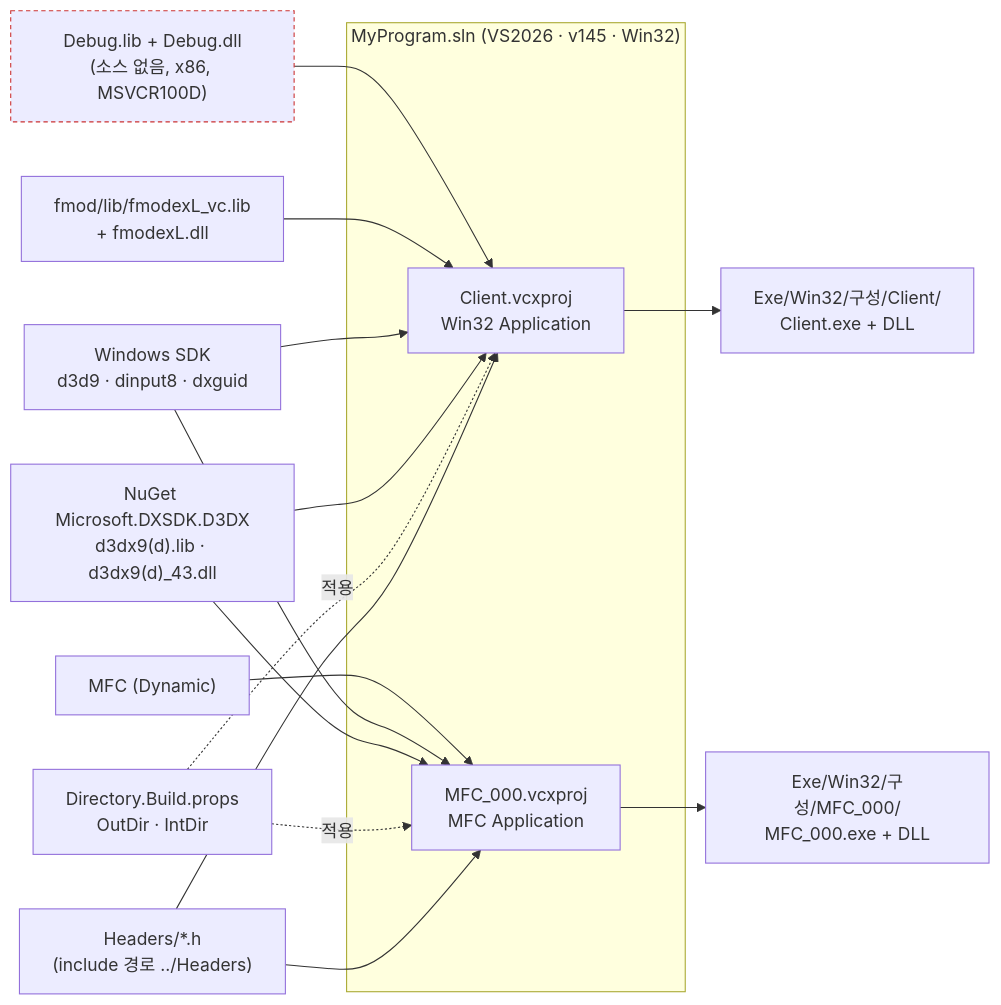
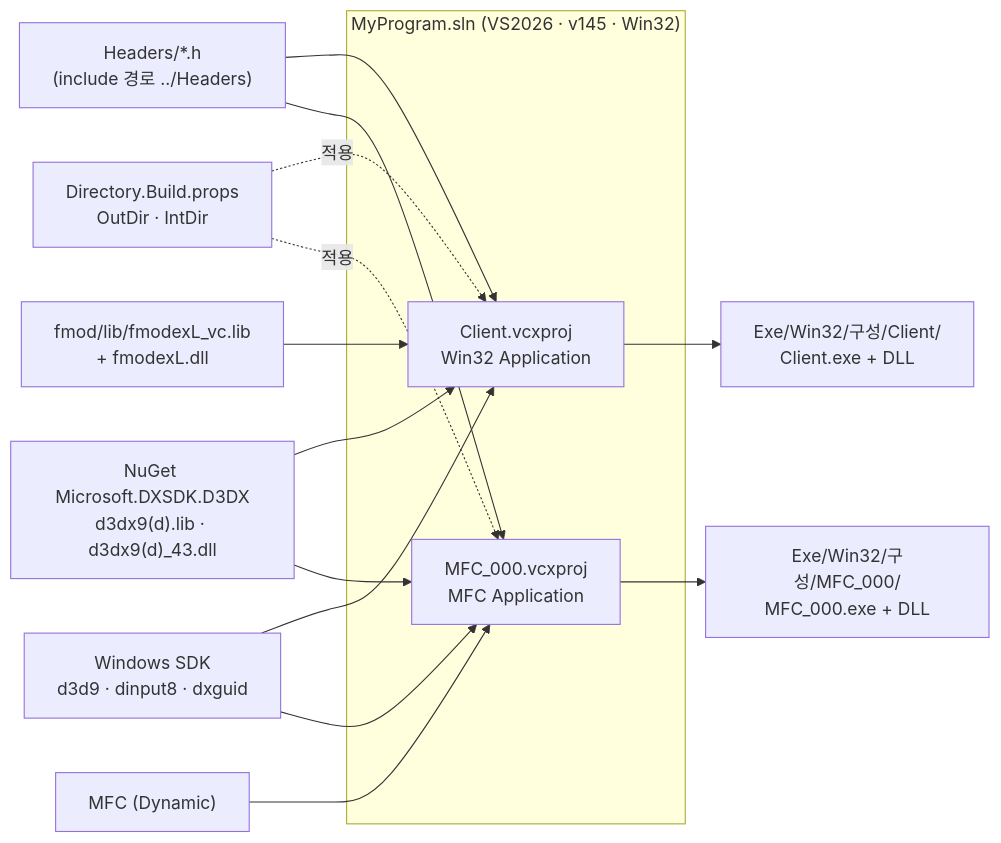
One commit to Ryujaehyeon/Portfolio changed the first of 10 diagrams in docs/ARCHITECTURE.md. Above: the diagram before and after it, drawn with Mermaid. The commit also changed other lines of this file and 11 other files, not shown here.

First line of the commit message:
refactor(debug-dll-removal): 소스 없는 Debug.dll 의존 제거, 디버그 로그를 Debug.hpp 로 통일

````diff
--- a/docs/ARCHITECTURE.md
+++ b/docs/ARCHITECTURE.md
@@ -34,23 +34,20 @@
 ```mermaid
 flowchart LR
     subgraph sln["MyProgram.sln (VS2026 · v145 · Win32)"]
         Client["Client.vcxproj<br/>Win32 Application"]
         Tool["MFC_000.vcxproj<br/>MFC Application"]
     end
     Headers["Headers/*.h<br/>(include 경로 ../Headers)"] --> Client
     Headers --> Tool
     Props["Directory.Build.props<br/>OutDir · IntDir"] -.적용.-> Client
     Props -.적용.-> Tool
     NuGet["NuGet Microsoft.DXSDK.D3DX<br/>d3dx9(d).lib · d3dx9(d)_43.dll"] --> Client
     NuGet --> Tool
     SDK["Windows SDK<br/>d3d9 · dinput8 · dxguid"] --> Client
     SDK --> Tool
     FMOD["fmod/lib/fmodexL_vc.lib<br/>+ fmodexL.dll"] --> Client
-    DebugLib["Debug.lib + Debug.dll<br/>(소스 없음, x86, MSVCR100D)"] --> Client
     MFC["MFC (Dynamic)"] --> Tool
     Client --> OutC["Exe/Win32/구성/Client/<br/>Client.exe + DLL"]
     Tool --> OutT["Exe/Win32/구성/MFC_000/<br/>MFC_000.exe + DLL"]
 
-    classDef legacy stroke:#c33,stroke-dasharray:4 3;
-    class DebugLib legacy;
 ```
````
